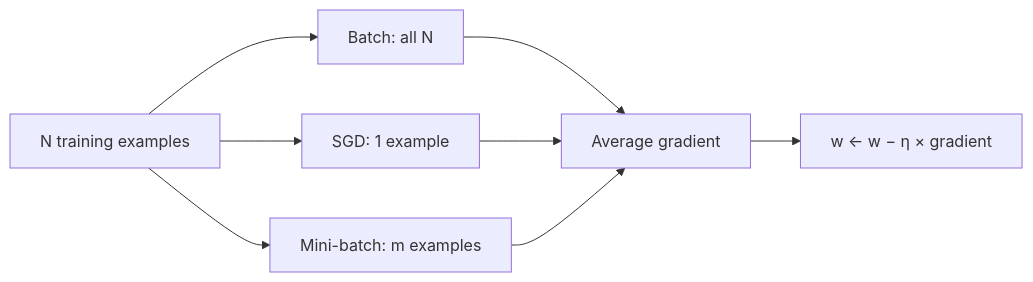
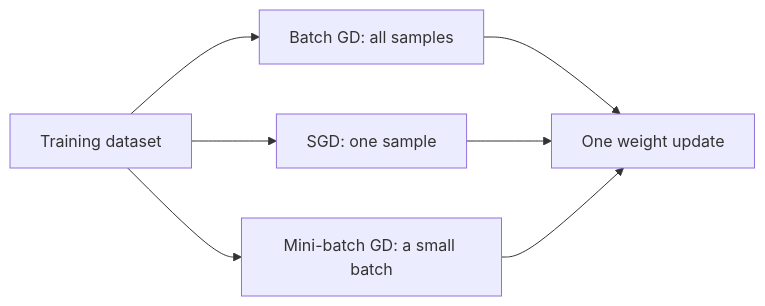
Before and after one commit to TrendySloth1001/sem-seven-notes: the diagram in content/deep-learning/pyq/2024-05/q3a.hi.mdx, drawn with Mermaid. The commit also changed other lines of this file and 254 other files, not shown here.

Commit message:
Rewrite the backpropagation, gradient descent, regularization and autoencoder notes and their 29 answers from the teachers' class files. They use 185 teacher figures with class-notes citations only, and correct the AdaGrad, RMSProp, Nesterov and batch-norm numbers on the slides.

````diff
--- a/content/deep-learning/pyq/2024-05/q3a.hi.mdx
+++ b/content/deep-learning/pyq/2024-05/q3a.hi.mdx
@@ -60,11 +9,10 @@
 ```mermaid
-%% caption: Teeno types sirf ye batate hain ki har gradient mein kitne examples jaate hain; update step same rehta hai.
+%% caption: Gradient descent ke teeno types mein ek weight update se pehle kitne samples use hote hain, yahi fark hai.
 flowchart LR
-  D["N training examples"] --> B["Batch: all N"]
-  D --> S["SGD: 1 example"]
-  D --> M["Mini-batch: m examples"]
-  B --> G["Average gradient"]
-  S --> G
-  M --> G
-  G --> U["w ← w − η × gradient"]
+  D["Training dataset"] --> A["Batch GD: all samples"]
+  D --> B["SGD: one sample"]
+  D --> C["Mini-batch GD: a small batch"]
+  A --> U["One weight update"]
+  B --> U
+  C --> U
 ```
````
